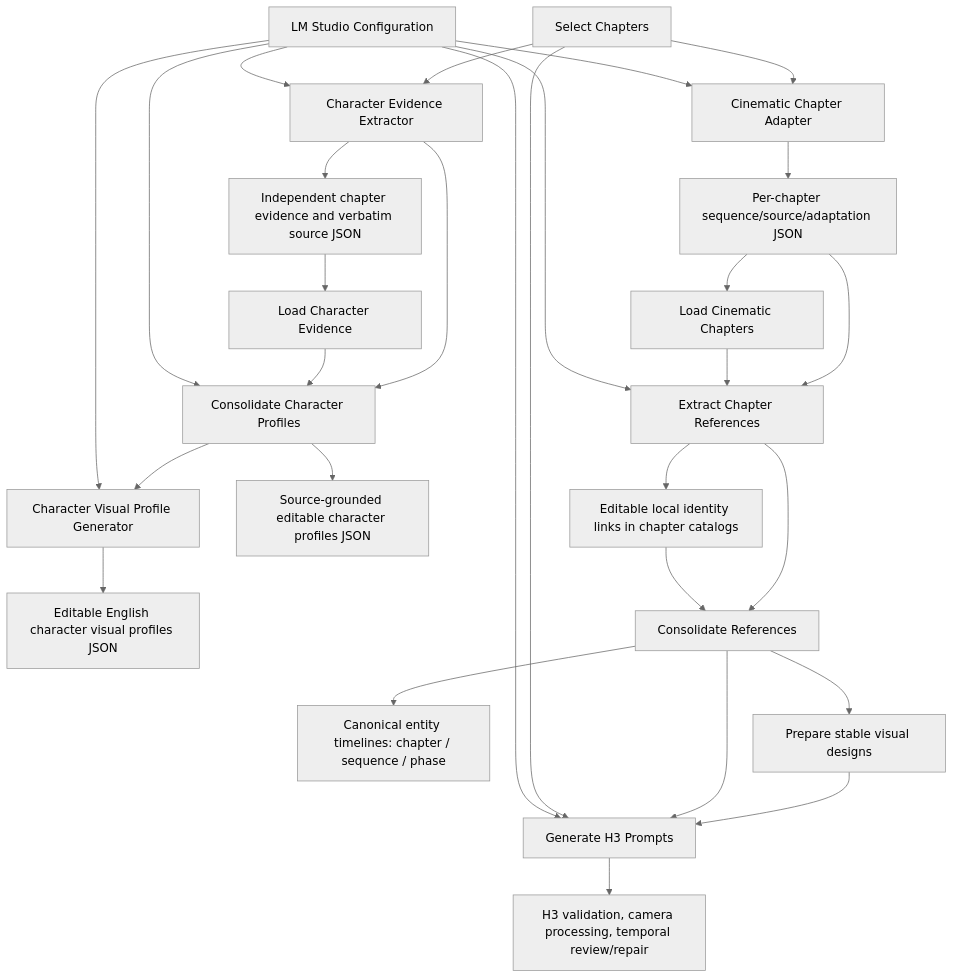
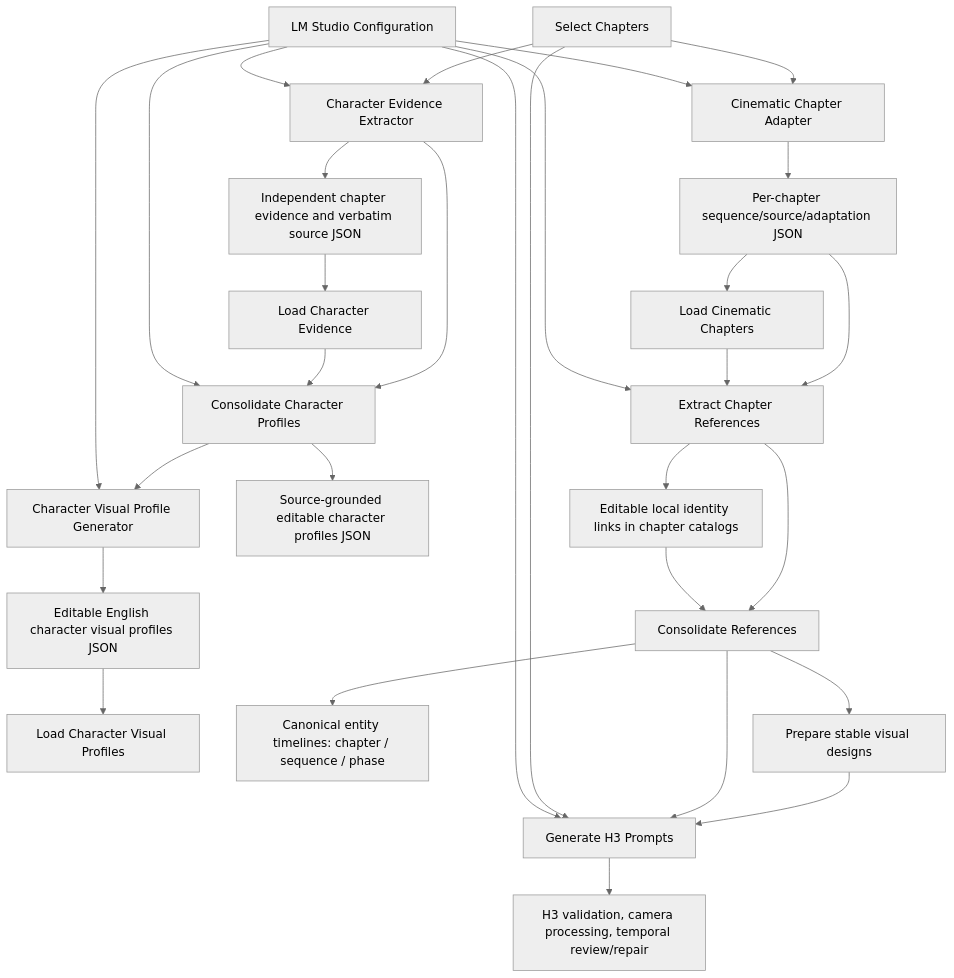
One commit to yuyuki/ComfyUI-Minimax_H3_Novel_Pipeline changed the first of 2 diagrams in docs/architecture.md. Above: the diagram before and after it, drawn with Mermaid (neutral theme). The commit also changed other lines of this file and 9 other files, not shown here.

Commit message:
Add Load Character Visual Profiles node; implement functionality to load and validate character visual profiles from JSON files, preserving metadata and manual edits. Update documentation and architecture to reflect new node integration.

````diff
--- a/docs/architecture.md
+++ b/docs/architecture.md
@@ -10,31 +10,32 @@
 ```mermaid
 flowchart TD
     selector["Select Chapters"] --> adapter["Cinematic Chapter Adapter"]
     config --> adapter
     selector --> evidence["Character Evidence Extractor"]
     config --> evidence
     evidence --> evidence_json["Independent chapter evidence and verbatim source JSON"]
     evidence_json --> evidence_loader["Load Character Evidence"]
     evidence --> profiles["Consolidate Character Profiles"]
     evidence_loader --> profiles
     config --> profiles
     profiles --> visual_profiles["Character Visual Profile Generator"]
     config --> visual_profiles
     visual_profiles --> visual_json["Editable English character visual profiles JSON"]
+    visual_json --> visual_loader["Load Character Visual Profiles"]
     profiles --> profiles_json["Source-grounded editable character profiles JSON"]
     adapter --> adapted["Per-chapter sequence/source/adaptation JSON"]
     adapted --> extract
     adapted --> loader["Load Cinematic Chapters"]
     loader --> extract
     config["LM Studio Configuration"] --> extract["Extract Chapter References"]
     extract --> consolidate["Consolidate References"]
     consolidate --> timeline["Canonical entity timelines: chapter / sequence / phase"]
     extract --> local["Editable local identity links in chapter catalogs"]
     local --> consolidate
     consolidate --> designs["Prepare stable visual designs"]
     designs --> generate["Generate H3 Prompts"]
     consolidate --> generate
     selector --> generate
     config --> generate
     generate --> review["H3 validation, camera processing, temporal review/repair"]
 ```
````
